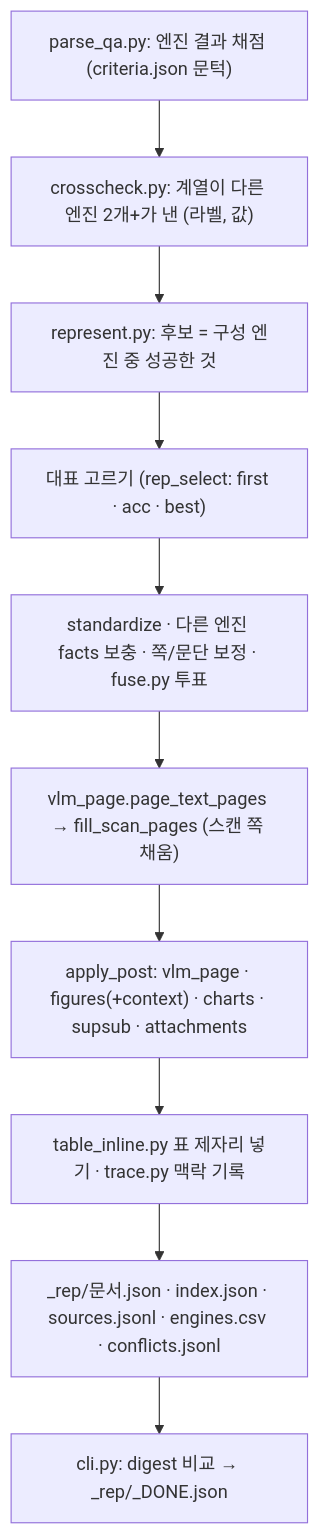
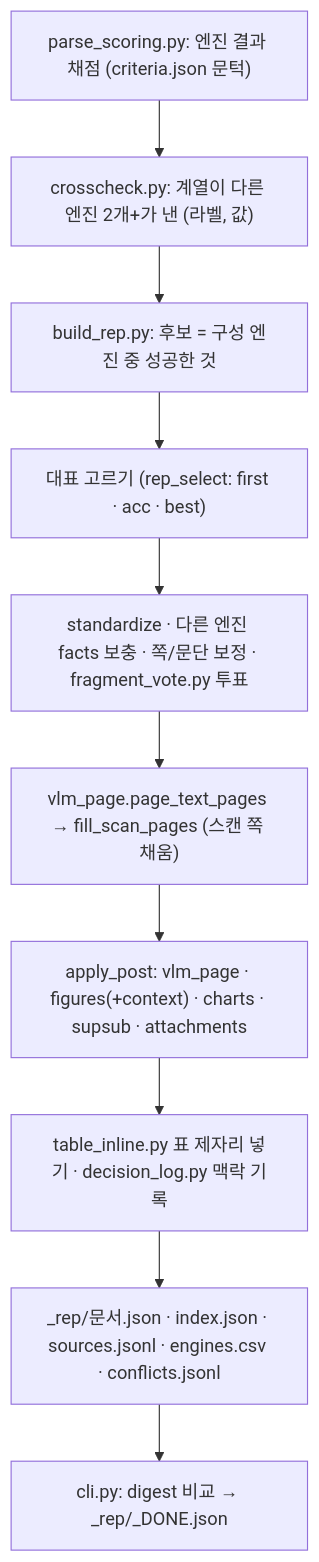
Before and after one commit to gigasamba/sbl_data_parsing: the fifth of 11 diagrams in docs/architecture/parse_flow.md, drawn with Mermaid. The commit also changed other lines of this file and 114 other files, not shown here.

````diff
--- a/docs/architecture/parse_flow.md
+++ b/docs/architecture/parse_flow.md
@@ -167,14 +167,14 @@
 ```mermaid
 flowchart TD
-    Q["parse_qa.py: 엔진 결과 채점 (criteria.json 문턱)"]
+    Q["parse_scoring.py: 엔진 결과 채점 (criteria.json 문턱)"]
     X["crosscheck.py: 계열이 다른 엔진 2개+가 낸 (라벨, 값)"]
-    R1["represent.py: 후보 = 구성 엔진 중 성공한 것"]
+    R1["build_rep.py: 후보 = 구성 엔진 중 성공한 것"]
     R2["대표 고르기 (rep_select: first · acc · best)"]
-    R3["standardize · 다른 엔진 facts 보충 · 쪽/문단 보정 · fuse.py 투표"]
+    R3["standardize · 다른 엔진 facts 보충 · 쪽/문단 보정 · fragment_vote.py 투표"]
     R4["vlm_page.page_text_pages → fill_scan_pages (스캔 쪽 채움)"]
     R5["apply_post: vlm_page · figures(+context) · charts · supsub · attachments"]
-    R6["table_inline.py 표 제자리 넣기 · trace.py 맥락 기록"]
+    R6["table_inline.py 표 제자리 넣기 · decision_log.py 맥락 기록"]
     O["_rep/문서.json · index.json · sources.jsonl · engines.csv · conflicts.jsonl"]
     M["cli.py: digest 비교 → _rep/_DONE.json"]
     Q --> X --> R1 --> R2 --> R3 --> R4 --> R5 --> R6 --> O --> M
 ```
````
